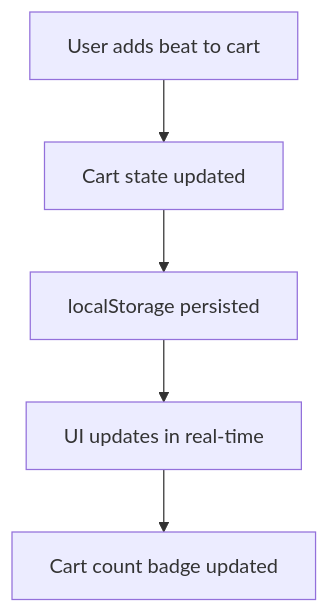
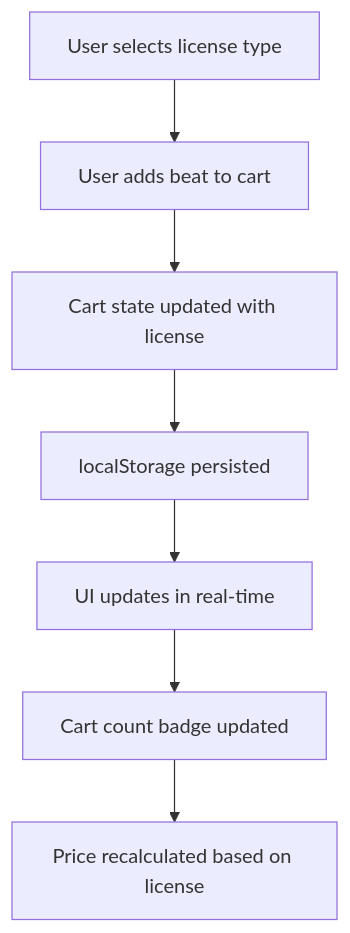
One commit to wesleyajavon/woodpecker-nextjs changed the first of 3 diagrams in CART_SYSTEM_DOCUMENTATION.md. Above: the diagram before and after it, drawn with Mermaid. The commit also changed other lines of this file and 51 other files, not shown here.

````diff
--- a/CART_SYSTEM_DOCUMENTATION.md
+++ b/CART_SYSTEM_DOCUMENTATION.md
@@ -161,7 +178,9 @@
 ```mermaid
 graph TD
-    A[User adds beat to cart] --> B[Cart state updated]
-    B --> C[localStorage persisted]
-    C --> D[UI updates in real-time]
-    D --> E[Cart count badge updated]
+    A[User selects license type] --> B[User adds beat to cart]
+    B --> C[Cart state updated with license]
+    C --> D[localStorage persisted]
+    D --> E[UI updates in real-time]
+    E --> F[Cart count badge updated]
+    F --> G[Price recalculated based on license]
 ```
````
